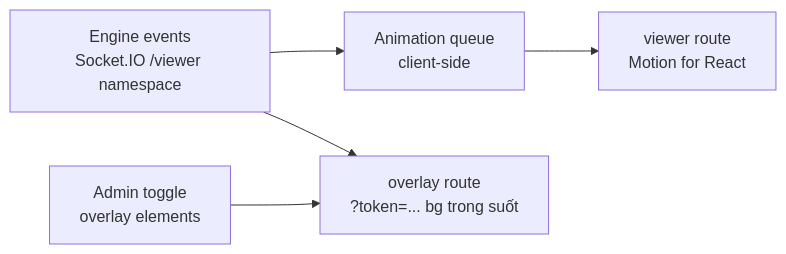
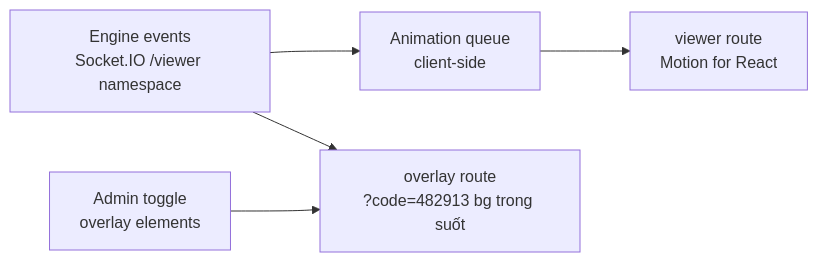
Before and after one commit to Noboroto/KnowledgeDome: the diagram in plans/260711-2340-olympia-contest-system/phase-09-viewer-overlay.md, drawn with Mermaid. The commit also changed other lines of this file and 16 other files, not shown here.

````diff
--- a/plans/260711-2340-olympia-contest-system/phase-09-viewer-overlay.md
+++ b/plans/260711-2340-olympia-contest-system/phase-09-viewer-overlay.md
@@ -20,7 +20,7 @@
 ```mermaid
 flowchart LR
   ENG[Engine events<br/>Socket.IO /viewer namespace] --> VQ[Animation queue<br/>client-side]
   VQ --> VU[viewer route<br/>Motion for React]
-  ENG --> OV[overlay route<br/>?token=... bg trong suốt]
+  ENG --> OV[overlay route<br/>?code=482913 bg trong suốt]
   ADM[Admin toggle<br/>overlay elements] --> OV
 ```
````
